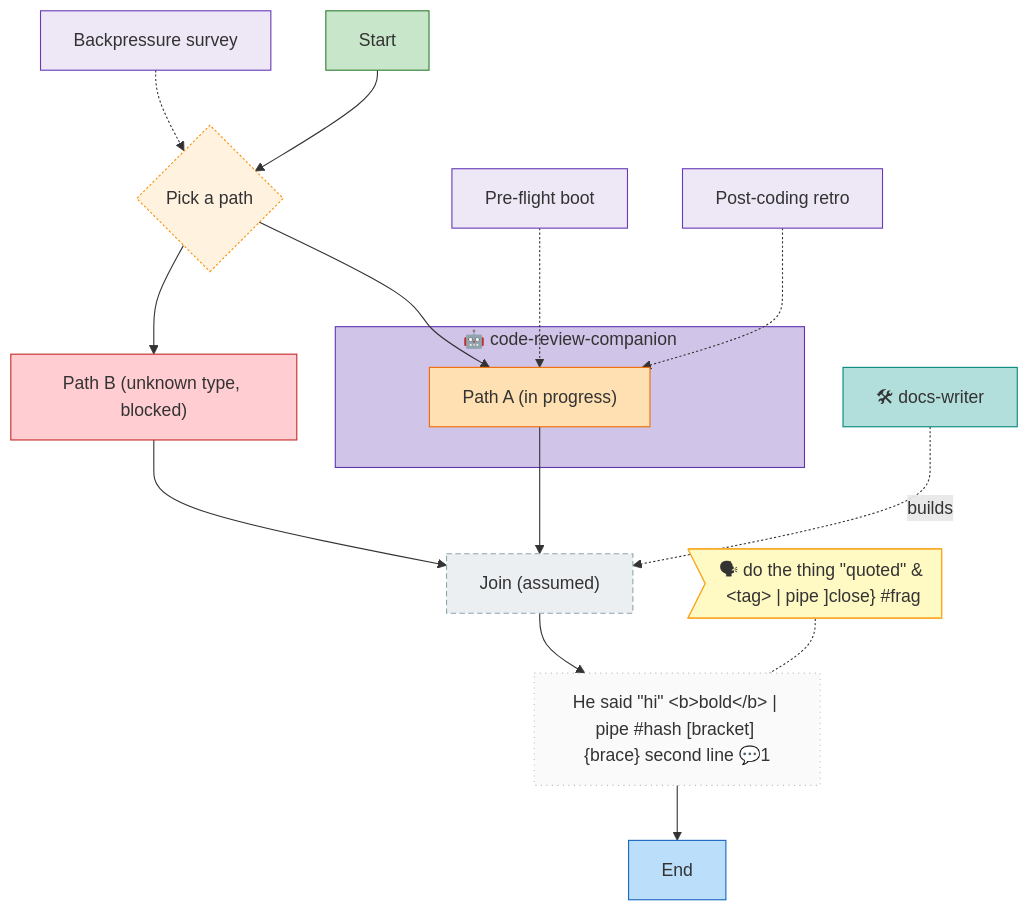
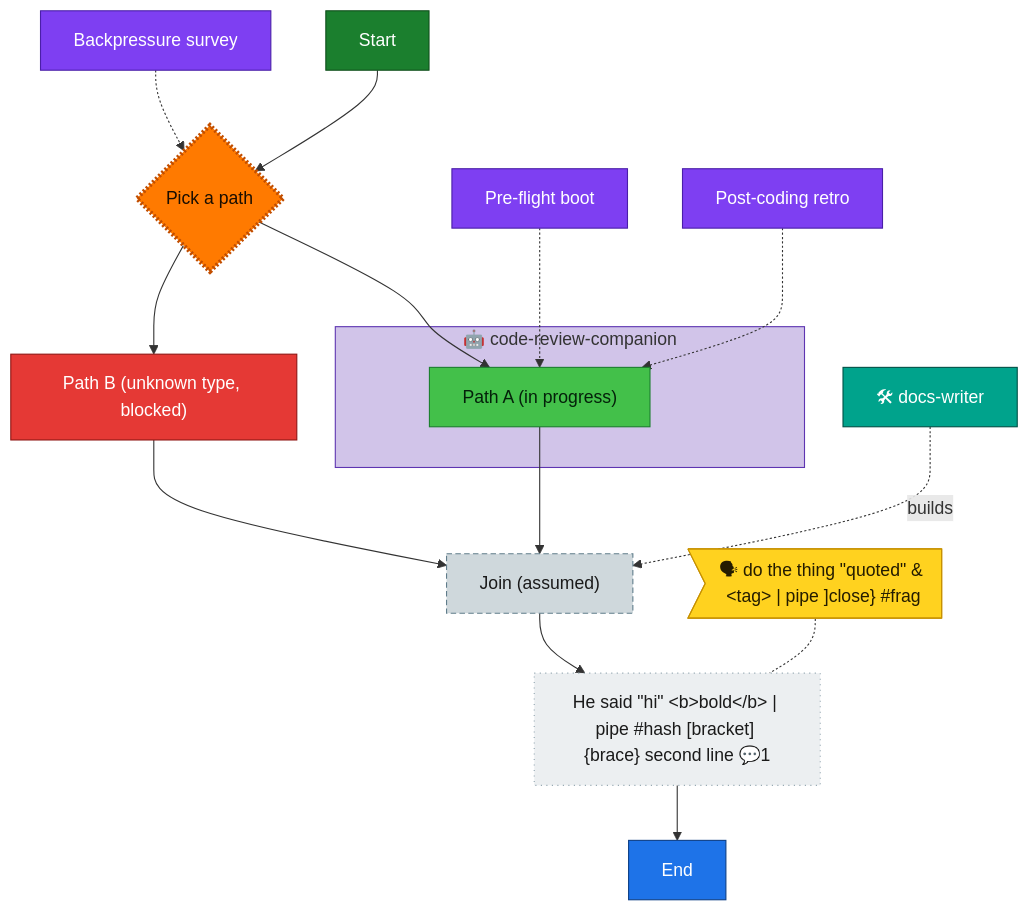
One commit to AI-Substrate/harness-engineering changed the diagram in harness/cli/test/services/flow/fixtures/render/kitchen-sink.md. Above: the diagram before and after it, drawn with Mermaid. The commit also changed other lines of this file and 7 other files, not shown here.

First line of the commit message:
feat(flow-040): visible chore status + vivid render palette + current-node highlight

````diff
--- a/harness/cli/test/services/flow/fixtures/render/kitchen-sink.md
+++ b/harness/cli/test/services/flow/fixtures/render/kitchen-sink.md
@@ -8,49 +8,52 @@
 ```mermaid
 flowchart TD
     start["Start"]:::done
     dec{"Pick a path"}:::decision
     a["Path A (in progress)"]:::wip
     b["Path B (unknown type, blocked)"]:::blocked
     join["Join (assumed)"]:::assumed
     adv["He said #quot;hi#quot; #lt;b#gt;bold#lt;/b#gt; #124; pipe #35;hash #91;bracket#93; #123;brace#125; second line 💬1"]:::unknown
     end_["End"]:::known
 
     start --> dec
     dec --> a
     dec --> b
     a --> join
     b --> join
     join --> adv
     adv --> end_
 
     bp["Backpressure survey"]:::harness
     boot["Pre-flight boot"]:::harness
     retro["Post-coding retro"]:::harness
     bp -.-> dec
     boot -.-> a
     retro -.-> a
 
     say_adv>"🗣 do the thing #quot;quoted#quot; & #lt;tag#gt; #124; pipe #93;close#125; #35;frag"]:::said
     say_adv -.- adv
 
     subgraph cmp_code_review_companion["🤖 code-review-companion"]
       a
     end
     style cmp_code_review_companion fill:#D1C4E9,stroke:#5E35B1
     wrk_docs_writer["🛠 docs-writer"]:::worker
     wrk_docs_writer -. builds .-> join
 
-    classDef done fill:#C8E6C9,stroke:#2E7D32;
-    classDef wip fill:#FFE0B2,stroke:#EF6C00;
-    classDef blocked fill:#FFCDD2,stroke:#C62828;
-    classDef known fill:#BBDEFB,stroke:#1565C0;
-    classDef assumed fill:#ECEFF1,stroke:#90A4AE,stroke-dasharray:5 3;
-    classDef said fill:#FFF9C4,stroke:#F9A825;
-    classDef harness fill:#EDE7F6,stroke:#673AB7;
-    classDef decision fill:#FFF3E0,stroke:#FB8C00,stroke-dasharray:2 2;
-    classDef companion fill:#D1C4E9,stroke:#5E35B1;
-    classDef worker fill:#B2DFDB,stroke:#00897B;
-    classDef unknown fill:#FAFAFA,stroke:#BDBDBD,stroke-dasharray:1 4;
+    classDef done fill:#1B7F2E,stroke:#0F4F1B,color:#fff;
+    classDef wip fill:#43C04A,stroke:#1B7F2E,color:#04210A;
+    classDef blocked fill:#E53935,stroke:#8E1513,color:#fff;
+    classDef known fill:#1E73E8,stroke:#0D3F86,color:#fff;
+    classDef assumed fill:#CFD8DC,stroke:#607D8B,color:#1a1a1a,stroke-dasharray:5 3;
+    classDef said fill:#FFD21F,stroke:#C79100,color:#241c00;
+    classDef harness fill:#7E3FF2,stroke:#4A1FA8,color:#fff;
+    classDef harnessFaded fill:#D6CBEC,stroke:#A892D4,color:#5B4E78;
+    classDef decision fill:#FF8F00,stroke:#B25E00,color:#1a1100,stroke-dasharray:2 2;
+    classDef companion fill:#AB2FCB,stroke:#6A1480,color:#fff;
+    classDef worker fill:#00A38C,stroke:#005046,color:#fff;
+    classDef unknown fill:#ECEFF1,stroke:#90A4AE,color:#1a1a1a,stroke-dasharray:1 4;
     classDef impOptional stroke-dasharray:2 3;
     classDef impStrong stroke-width:3px;
+    classDef current fill:#FF7A00,stroke:#C24E00,color:#1a0e00,stroke-width:4px;
+    class dec current;
 ```
````
